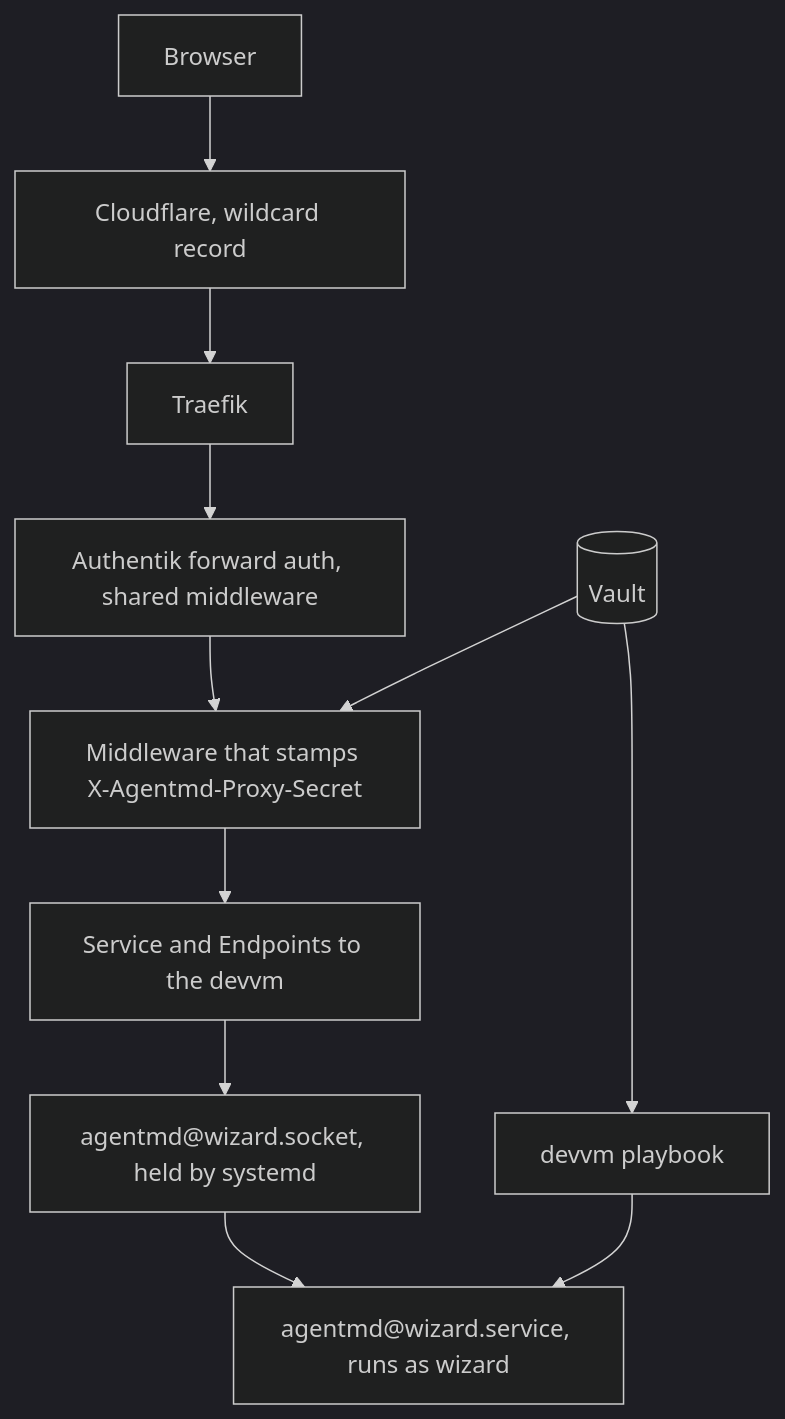
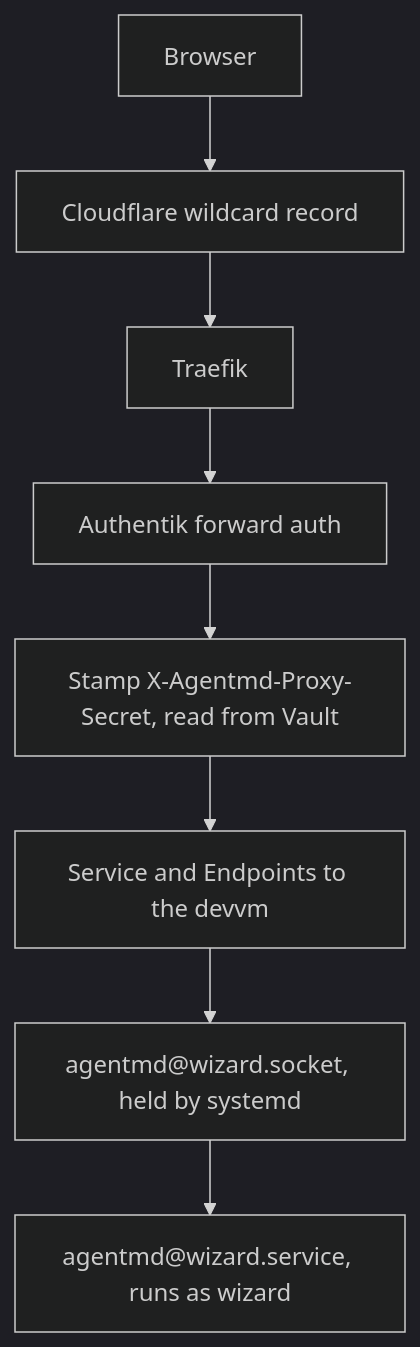
One commit to ViktorBarzin/agentmd changed the fourth of 4 diagrams in docs/plans/2026-09-26-agentmd-v1.md. Above: the diagram before and after it, drawn with Mermaid (dark theme). The commit also changed other lines of this file, not shown here.

First line of the commit message:
Redraw the plan's diagrams as narrow top-down flows

````diff
--- a/docs/plans/2026-09-26-agentmd-v1.md
+++ b/docs/plans/2026-09-26-agentmd-v1.md
@@ -390,12 +360,10 @@
 ```mermaid
 flowchart TD
-  B[Browser] --> CF[Cloudflare, wildcard record]
+  B[Browser] --> CF[Cloudflare wildcard record]
   CF --> T[Traefik]
-  T --> AK[Authentik forward auth, shared middleware]
-  AK --> H[Middleware that stamps X-Agentmd-Proxy-Secret]
+  T --> AK[Authentik forward auth]
+  AK --> H[Stamp X-Agentmd-Proxy-Secret, read from Vault]
   H --> SVC[Service and Endpoints to the devvm]
   SVC --> SO["agentmd@wizard.socket, held by systemd"]
   SO --> A["agentmd@wizard.service, runs as wizard"]
-  V[(Vault)] --> H
-  V --> PB[devvm playbook] --> A
 ```
````
